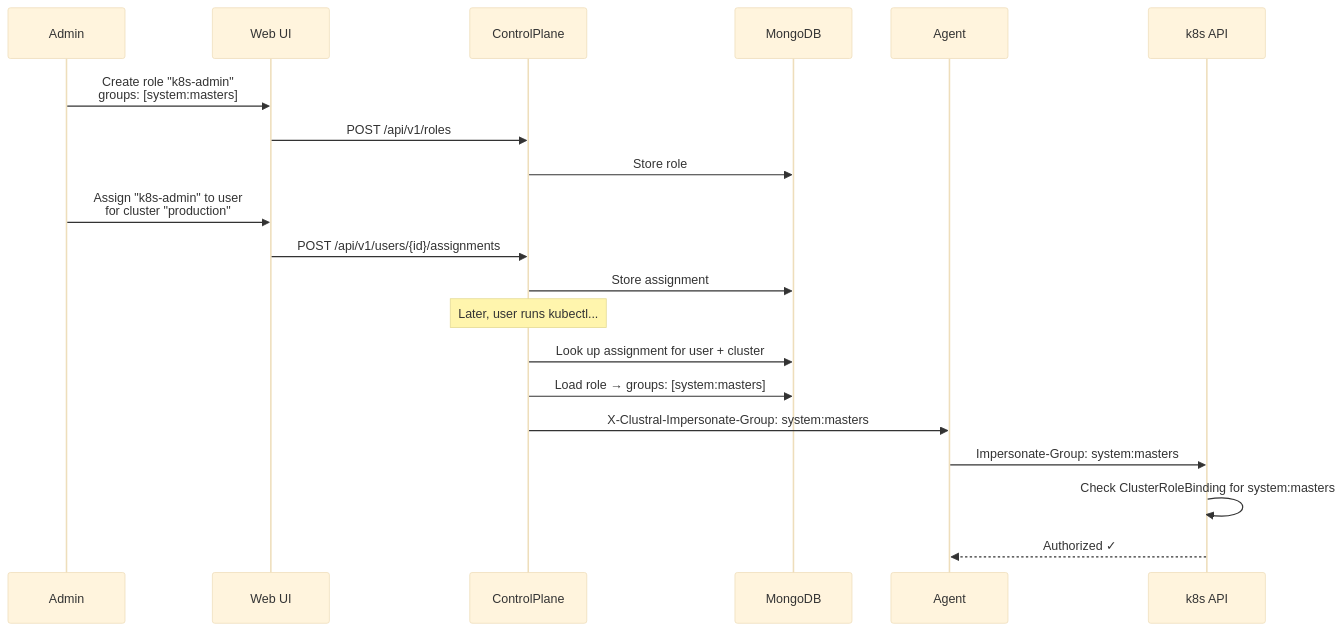
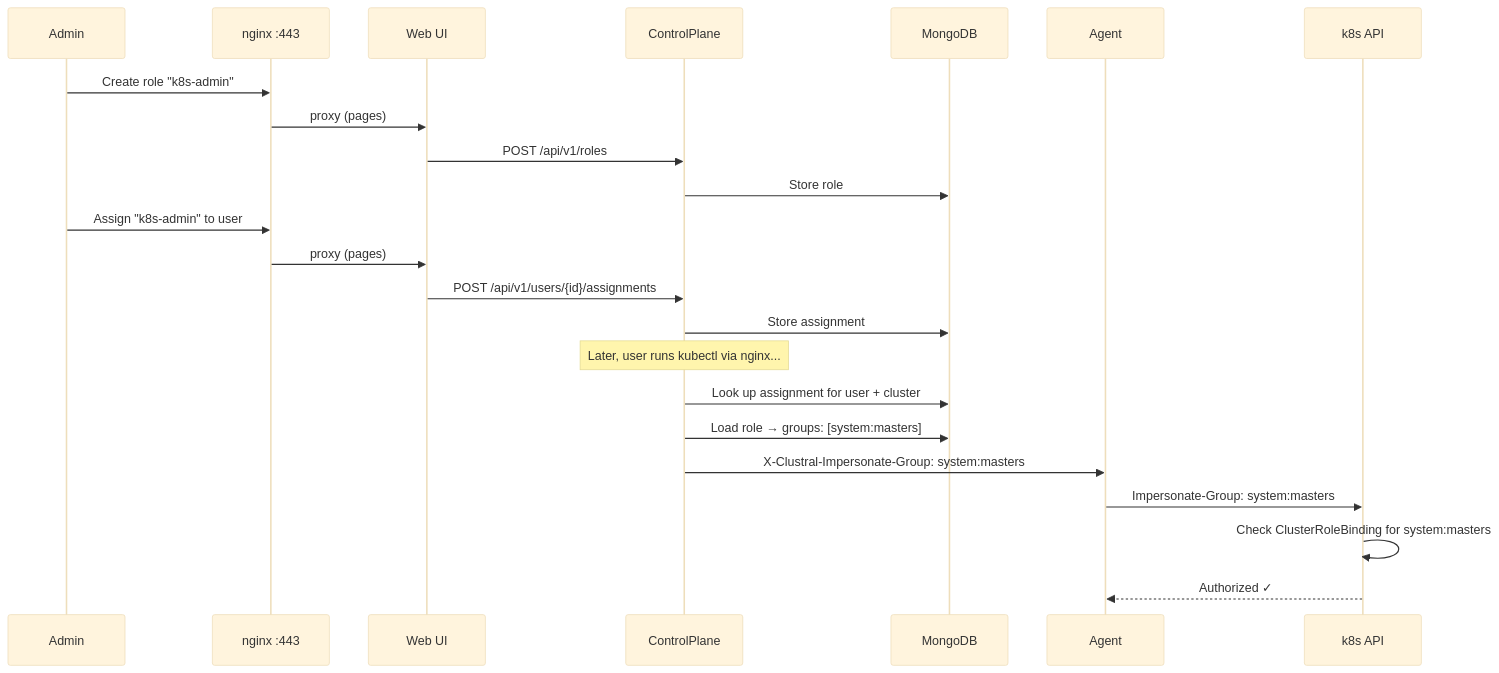
Before and after one commit to Clustral/clustral: the fifth of 9 diagrams in README.md, drawn with Mermaid (base theme). The commit also changed other lines of this file and 1 other file, not shown here.

First line of the commit message:
docs: update diagrams and docs for nginx unified gateway architecture

````diff
--- a/README.md
+++ b/README.md
@@ -145,26 +161,29 @@
 ```mermaid
 sequenceDiagram
     participant Admin
+    participant NGX as nginx :443
     participant WebUI as Web UI
     participant CP as ControlPlane
     participant DB as MongoDB
     participant Agent
     participant K8S as k8s API
 
-    Admin->>WebUI: Create role "k8s-admin"<br/>groups: [system:masters]
+    Admin->>NGX: Create role "k8s-admin"
+    NGX->>WebUI: proxy (pages)
     WebUI->>CP: POST /api/v1/roles
     CP->>DB: Store role
 
-    Admin->>WebUI: Assign "k8s-admin" to user<br/>for cluster "production"
+    Admin->>NGX: Assign "k8s-admin" to user
+    NGX->>WebUI: proxy (pages)
     WebUI->>CP: POST /api/v1/users/{id}/assignments
     CP->>DB: Store assignment
 
-    Note over CP: Later, user runs kubectl...
+    Note over CP: Later, user runs kubectl via nginx...
 
     CP->>DB: Look up assignment for user + cluster
     CP->>DB: Load role → groups: [system:masters]
     CP->>Agent: X-Clustral-Impersonate-Group: system:masters
     Agent->>K8S: Impersonate-Group: system:masters
     K8S->>K8S: Check ClusterRoleBinding for system:masters
     K8S-->>Agent: Authorized ✓
 ```
````
